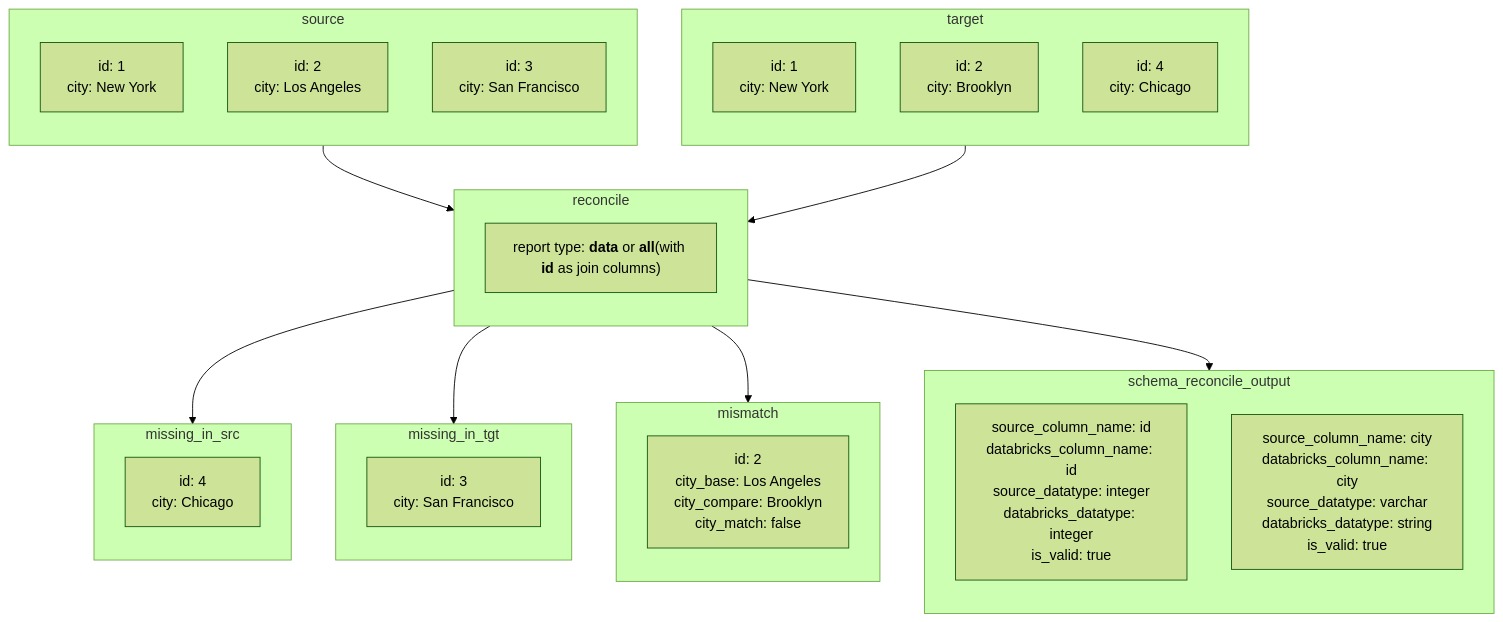
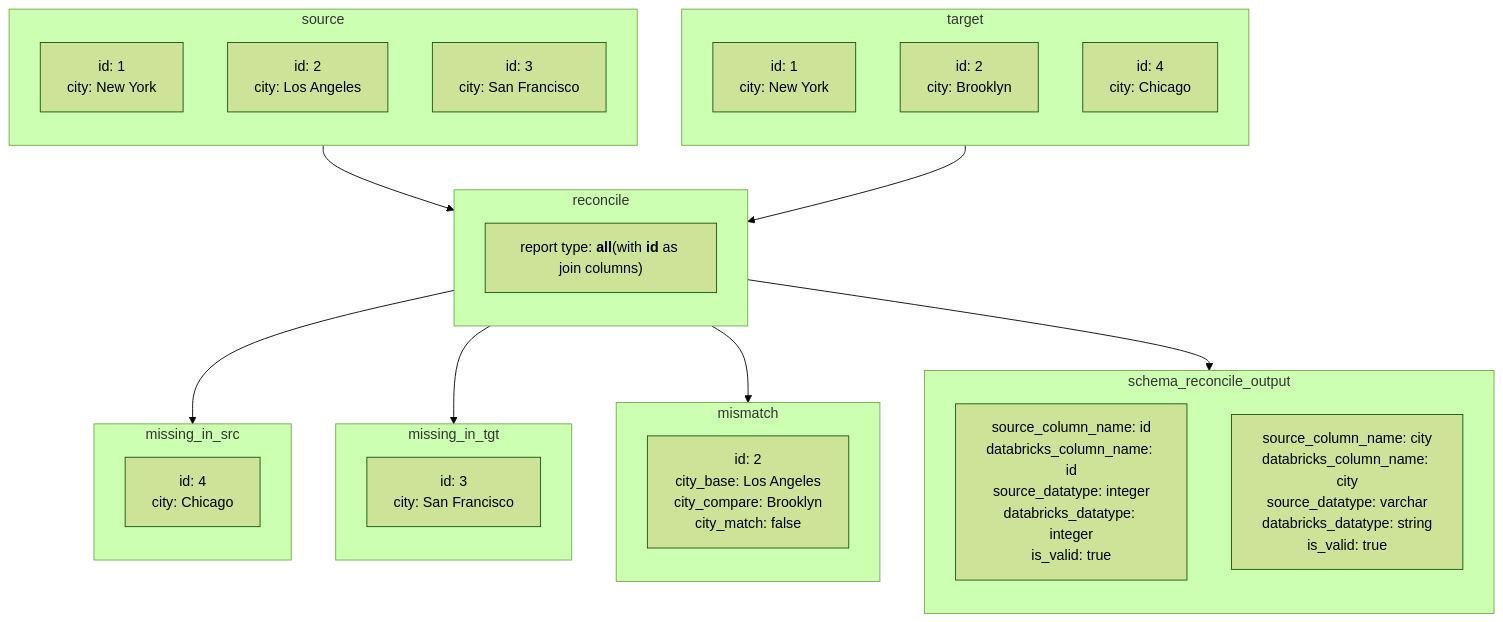
The fourth of 4 diagrams in docs/report_types_visualisation.md (databrickslabs/remorph), drawn with Mermaid (forest theme) before and after one commit.

Commit message:
Removed the data keyword from the visual graph

````diff
--- a/docs/report_types_visualisation.md
+++ b/docs/report_types_visualisation.md
@@ -120,49 +120,49 @@
 ```mermaid
 flowchart TB
     subgraph source
         direction TB
         A["id: 1<br>city: New York"]
         B["id: 2<br>city: Los Angeles"]
         C["id: 3<br>city: San Francisco"]
     end
 
     subgraph target
         direction TB
         D["id: 1<br>city: New York"]
         E["id: 2<br>city: Brooklyn"]
         F["id: 4<br>city: Chicago"]
     end
 
     subgraph missing_in_src
         direction TB
         G["id: 4<br>city: Chicago"]
     end
 
     subgraph missing_in_tgt
         direction TB
         H["id: 3<br>city: San Francisco"]
     end
     
     subgraph mismatch
         direction TB
         I["id: 2<br>city_base: Los Angeles<br>city_compare: Brooklyn<br>city_match: false"]
     end
     
     subgraph schema_reconcile_output
         direction TB
         J["source_column_name: id<br>databricks_column_name: id<br>source_datatype: integer<br>databricks_datatype: integer<br>is_valid: true"]
         K["source_column_name: city<br>databricks_column_name: city<br>source_datatype: varchar<br>databricks_datatype: string<br>is_valid: true"]
     end
     
     subgraph reconcile
         direction TB
-        L["report type: <b>data</b> or <b>all</b>(with <b>id</b> as join columns)"]
+        L["report type: <b>all</b>(with <b>id</b> as join columns)"]
     end
     
     source --> reconcile
     target --> reconcile
     reconcile --> missing_in_src
     reconcile --> missing_in_tgt
     reconcile --> mismatch
     reconcile --> schema_reconcile_output
 ```
````
